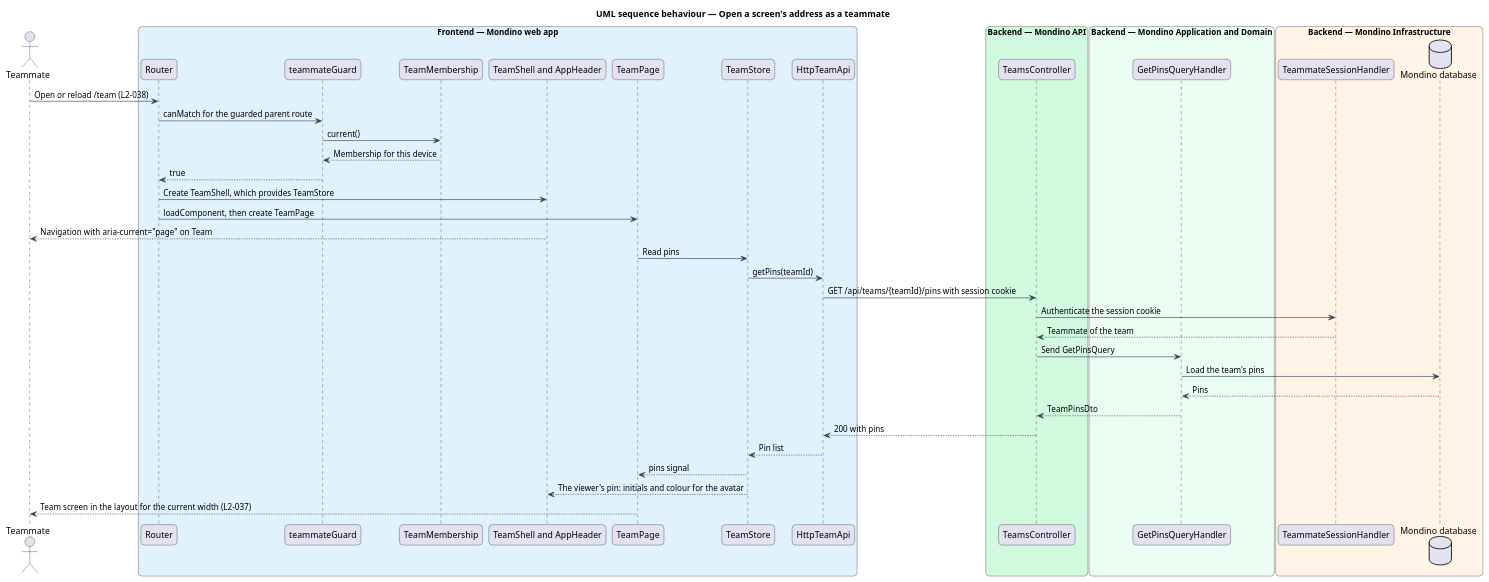
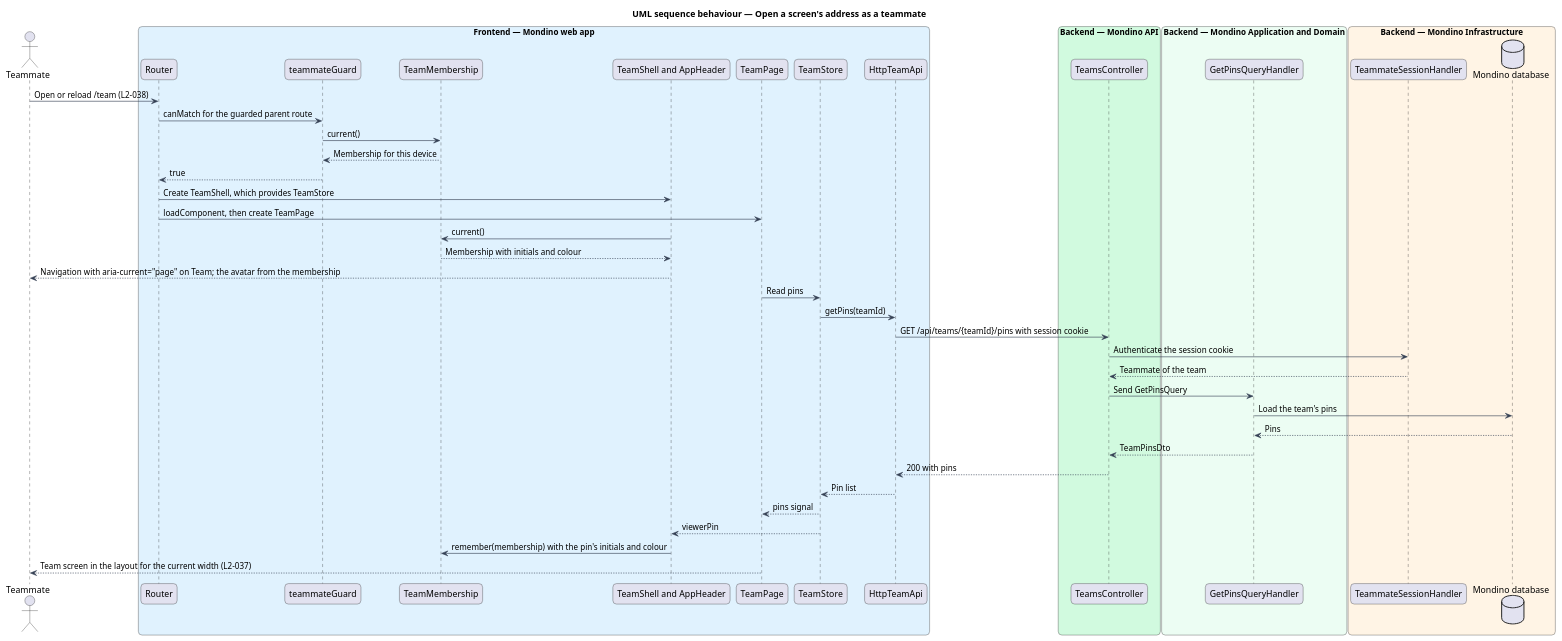
Before and after one commit to QuinntyneBrown/Mondino: the diagram in docs/detailed-designs/platform/adapt-to-every-width/diagrams/sequence-open-address-as-teammate.puml, drawn with PlantUML. The commit also changed 69 other files, not shown here.

```diff
--- a/docs/detailed-designs/platform/adapt-to-every-width/diagrams/sequence-open-address-as-teammate.puml
+++ b/docs/detailed-designs/platform/adapt-to-every-width/diagrams/sequence-open-address-as-teammate.puml
@@ -1,59 +1,62 @@
 @startuml
 title UML sequence behaviour — Open a screen's address as a teammate
 skinparam backgroundColor #FFFFFF
 skinparam shadowing false
 skinparam roundcorner 12
 skinparam defaultFontName Arial
 skinparam ArrowColor #344054
 skinparam rectangle {
   BorderColor #344054
   FontColor #101828
 }
 skinparam package {
   BorderColor #667085
   FontColor #101828
   BackgroundColor #F9FAFB
 }
 actor "Teammate" as actor
 box "Frontend — Mondino web app" #E0F2FE
   participant "Router" as router
   participant "teammateGuard" as guard
   participant "TeamMembership" as membership
   participant "TeamShell and AppHeader" as shell
   participant "TeamPage" as page
   participant "TeamStore" as store
   participant "HttpTeamApi" as client
 end box
 box "Backend — Mondino API" #D1FADF
   participant "TeamsController" as controller
 end box
 box "Backend — Mondino Application and Domain" #ECFDF3
   participant "GetPinsQueryHandler" as handler
 end box
 box "Backend — Mondino Infrastructure" #FFF4E5
   participant "TeammateSessionHandler" as session
   database "Mondino database" as db
 end box
 actor -> router : Open or reload /team (L2-038)
 router -> guard : canMatch for the guarded parent route
 guard -> membership : current()
 membership --> guard : Membership for this device
 guard --> router : true
 router -> shell : Create TeamShell, which provides TeamStore
 router -> page : loadComponent, then create TeamPage
-shell --> actor : Navigation with aria-current="page" on Team
+shell -> membership : current()
+membership --> shell : Membership with initials and colour
+shell --> actor : Navigation with aria-current="page" on Team; the avatar from the membership
 page -> store : Read pins
 store -> client : getPins(teamId)
 client -> controller : GET /api/teams/{teamId}/pins with session cookie
 controller -> session : Authenticate the session cookie
 session --> controller : Teammate of the team
 controller -> handler : Send GetPinsQuery
 handler -> db : Load the team's pins
 db --> handler : Pins
 handler --> controller : TeamPinsDto
 controller --> client : 200 with pins
 client --> store : Pin list
 store --> page : pins signal
-store --> shell : The viewer's pin: initials and colour for the avatar
+store --> shell : viewerPin
+shell -> membership : remember(membership) with the pin's initials and colour
 page --> actor : Team screen in the layout for the current width (L2-037)
 @enduml
```
